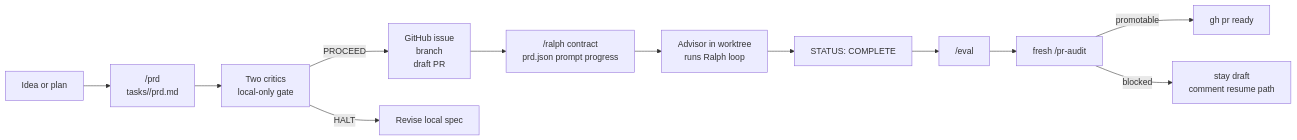
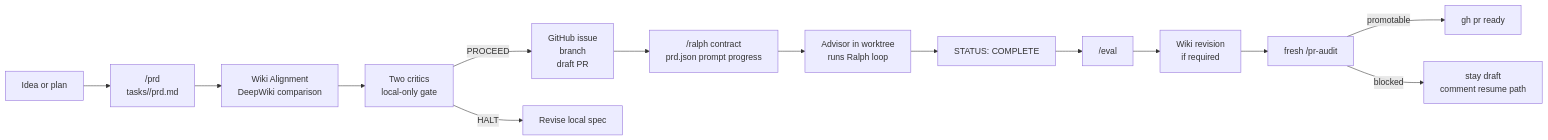
The diagram in wiki/ship-spec-orchestration.md (mifunedev/openharness), drawn with Mermaid before and after one commit. The commit also changed other lines of this file and 6 other files, not shown here.

Commit message:
skill: require ship-spec wiki alignment

````diff
--- a/wiki/ship-spec-orchestration.md
+++ b/wiki/ship-spec-orchestration.md
@@ -35,14 +36,16 @@
 ```mermaid
 flowchart LR
   Idea["Idea or plan"] --> PRD["/prd<br/>tasks/<slug>/prd.md"]
-  PRD --> Critics["Two critics<br/>local-only gate"]
+  PRD --> WikiPlan["Wiki Alignment<br/>DeepWiki comparison"]
+  WikiPlan --> Critics["Two critics<br/>local-only gate"]
   Critics -->|PROCEED| Remote["GitHub issue<br/>branch<br/>draft PR"]
   Critics -->|HALT| Revise["Revise local spec"]
   Remote --> Ralph["/ralph contract<br/>prd.json prompt progress"]
   Ralph --> Advisor["Advisor in worktree<br/>runs Ralph loop"]
   Advisor --> Done["STATUS: COMPLETE"]
   Done --> Eval["/eval"]
-  Eval --> Audit["fresh /pr-audit"]
+  Eval --> WikiRevise["Wiki revision<br/>if required"]
+  WikiRevise --> Audit["fresh /pr-audit"]
   Audit -->|promotable| Ready["gh pr ready"]
   Audit -->|blocked| Draft["stay draft<br/>comment resume path"]
 ```
````
